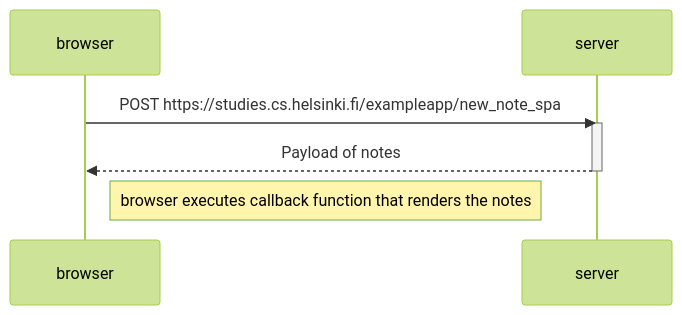
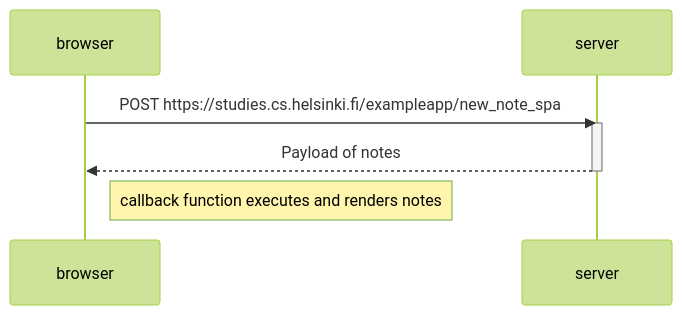
The diagram in part0/06-new-note-spa-diagram.md (bmacdonald85/fullStackOpen), drawn with Mermaid (forest theme) before and after one commit.

````diff
--- a/part0/06-new-note-spa-diagram.md
+++ b/part0/06-new-note-spa-diagram.md
@@ -1,11 +1,11 @@
 ```mermaid
 sequenceDiagram
 participant browser
 participant server
 
     browser->>server: POST https://studies.cs.helsinki.fi/exampleapp/new_note_spa
     activate server
     server-->>browser: Payload of notes
     deactivate server
-    Note right of browser: browser executes callback function that renders the notes
+    Note right of browser: callback function executes and renders notes
 ```
````
